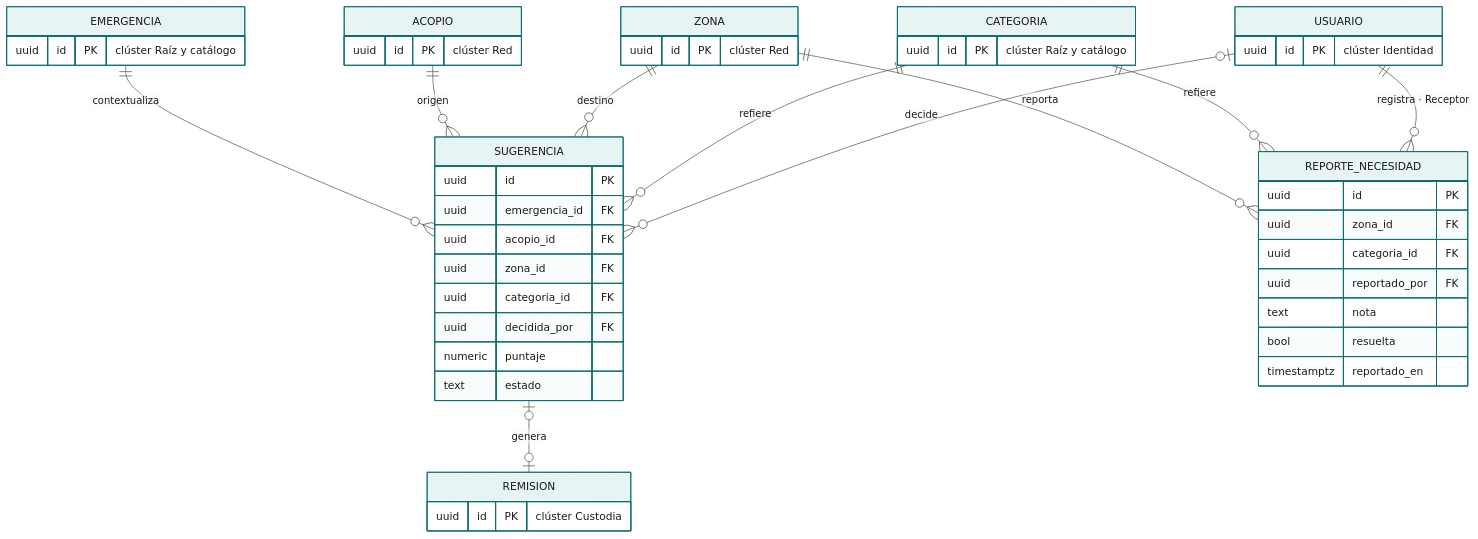
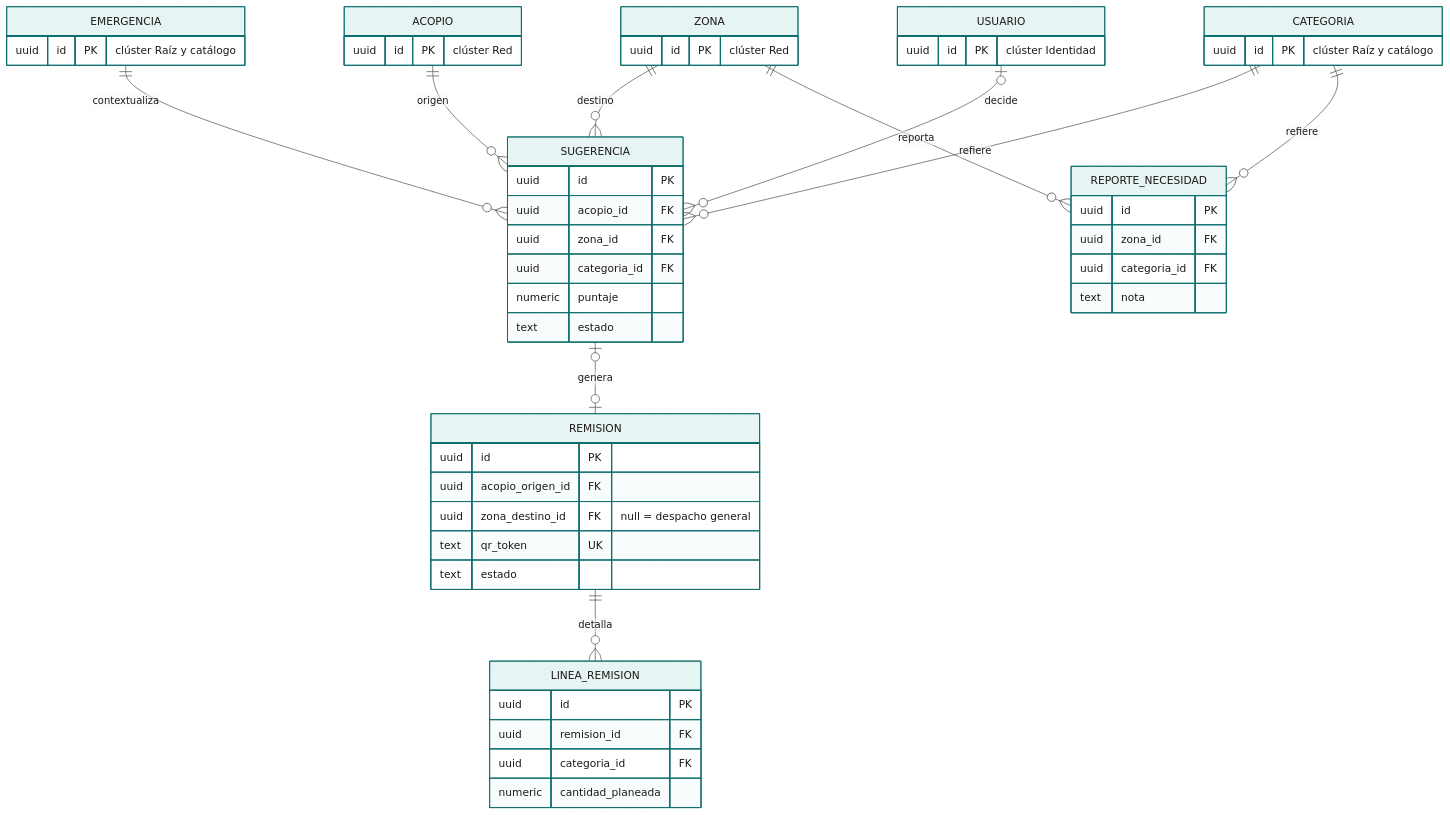
One commit to Proyecto-IngSoftware/acopio changed the diagram in docs/02-arquitectura/diagramas/mmd/er-05-motor.mmd. Above: the diagram before and after it, drawn with Mermaid. The commit also changed 62 other files, not shown here.

```diff
--- a/docs/02-arquitectura/diagramas/mmd/er-05-motor.mmd
+++ b/docs/02-arquitectura/diagramas/mmd/er-05-motor.mmd
@@ -1,50 +1,54 @@
 %%{init: {"theme":"base","themeVariables":{"fontFamily":"Inter, Segoe UI, Arial, sans-serif","fontSize":"15px","primaryColor":"#E6F4F4","primaryTextColor":"#1C1917","primaryBorderColor":"#0F6E6E","secondaryColor":"#C7E8E8","tertiaryColor":"#FAFAF9","lineColor":"#57534E","textColor":"#1C1917","mainBkg":"#E6F4F4","nodeBorder":"#0F6E6E","clusterBkg":"#F5F5F4","clusterBorder":"#A8A29E","edgeLabelBackground":"#FFFFFF","attributeBackgroundColorOdd":"#FFFFFF","attributeBackgroundColorEven":"#F5F5F4"},"er":{"useMaxWidth":false},"flowchart":{"useMaxWidth":false,"htmlLabels":true,"curve":"basis"}}}%%
 erDiagram
     EMERGENCIA ||--o{ SUGERENCIA : contextualiza
     ACOPIO ||--o{ SUGERENCIA : origen
     ZONA   ||--o{ SUGERENCIA : destino
     CATEGORIA ||--o{ SUGERENCIA : refiere
     USUARIO |o--o{ SUGERENCIA : decide
     SUGERENCIA |o--o| REMISION : genera
-
+    REMISION ||--o{ LINEA_REMISION : detalla
     ZONA ||--o{ REPORTE_NECESIDAD : reporta
     CATEGORIA ||--o{ REPORTE_NECESIDAD : refiere
-    USUARIO ||--o{ REPORTE_NECESIDAD : "registra · Receptor"
 
     EMERGENCIA {
         uuid id PK "clúster Raíz y catálogo"
     }
     ACOPIO {
         uuid id PK "clúster Red"
     }
     ZONA {
         uuid id PK "clúster Red"
     }
     CATEGORIA {
         uuid id PK "clúster Raíz y catálogo"
     }
     USUARIO {
         uuid id PK "clúster Identidad"
     }
-    REMISION {
-        uuid id PK "clúster Custodia"
-    }
     SUGERENCIA {
         uuid id PK
-        uuid emergencia_id FK
         uuid acopio_id FK
         uuid zona_id FK
         uuid categoria_id FK
-        uuid decidida_por FK
         numeric puntaje
         text estado
+    }
+    REMISION {
+        uuid id PK
+        uuid acopio_origen_id FK
+        uuid zona_destino_id FK "null = despacho general"
+        text qr_token UK
+        text estado
+    }
+    LINEA_REMISION {
+        uuid id PK
+        uuid remision_id FK
+        uuid categoria_id FK
+        numeric cantidad_planeada
     }
     REPORTE_NECESIDAD {
         uuid id PK
         uuid zona_id FK
         uuid categoria_id FK
-        uuid reportado_por FK
         text nota
-        bool resuelta
-        timestamptz reportado_en
     }
```
